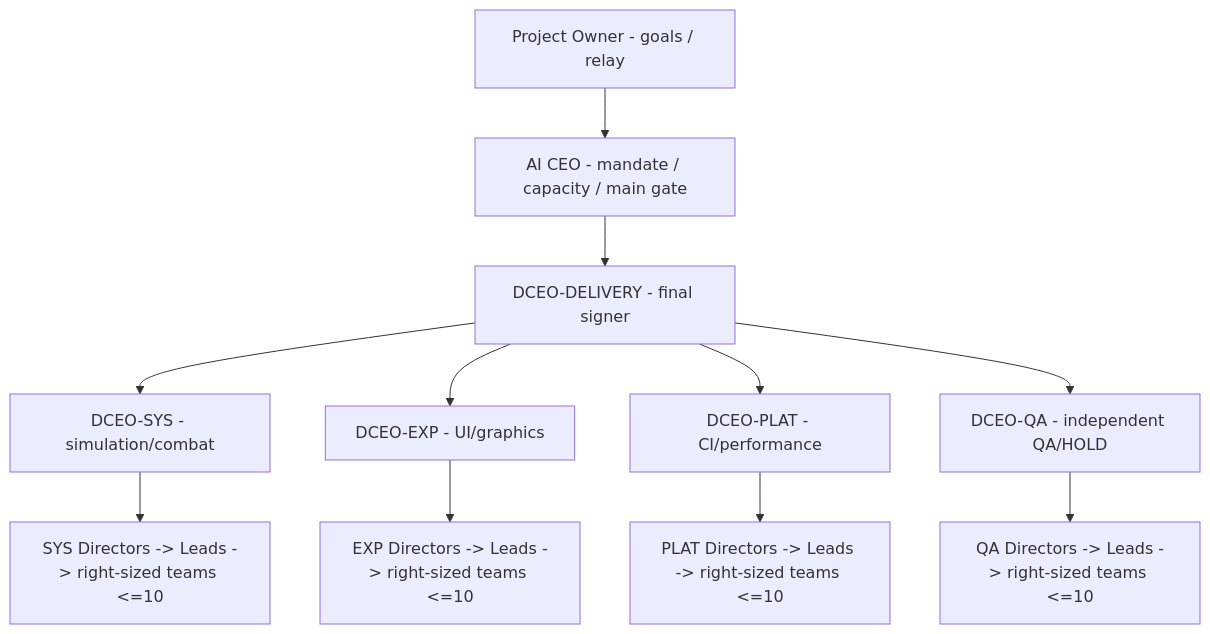
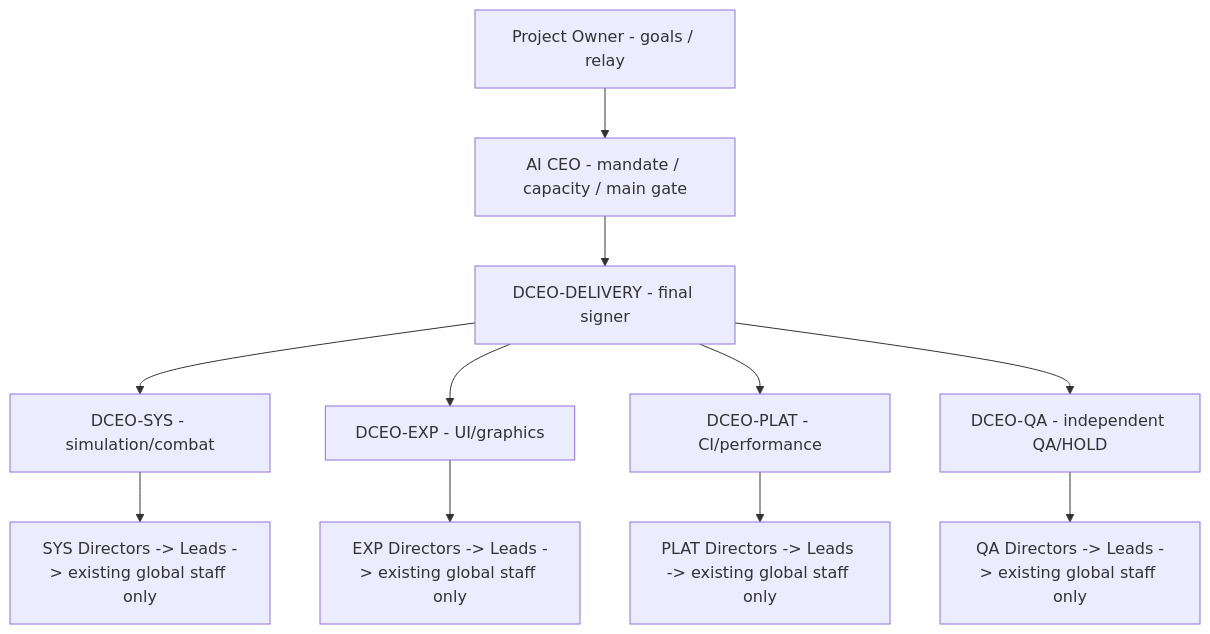
One commit to tanawutmalirum29-ux/ai-organization-hub changed the diagram in docs/ai-org/ACTIVE_TEAM.md. Above: the diagram before and after it, drawn with Mermaid. The commit also changed other lines of this file, not shown here.

Commit message:
docs: freeze extra chat appointments under global ten AI total cap

````diff
--- a/docs/ai-org/ACTIVE_TEAM.md
+++ b/docs/ai-org/ACTIVE_TEAM.md
@@ -18,12 +18,12 @@
 ```mermaid
 flowchart TD
   Owner["Project Owner - goals / relay"] --> CEO["AI CEO - mandate / capacity / main gate"] --> D["DCEO-DELIVERY - final signer"]
   D --> SYS["DCEO-SYS - simulation/combat"]
   D --> EXP["DCEO-EXP - UI/graphics"]
   D --> PLAT["DCEO-PLAT - CI/performance"]
   D --> QA["DCEO-QA - independent QA/HOLD"]
-  SYS --> SD["SYS Directors -> Leads -> right-sized teams <=10"]
-  EXP --> ED["EXP Directors -> Leads -> right-sized teams <=10"]
-  PLAT --> PD["PLAT Directors -> Leads -> right-sized teams <=10"]
-  QA --> QD["QA Directors -> Leads -> right-sized teams <=10"]
+  SYS --> SD["SYS Directors -> Leads -> existing global staff only"]
+  EXP --> ED["EXP Directors -> Leads -> existing global staff only"]
+  PLAT --> PD["PLAT Directors -> Leads -> existing global staff only"]
+  QA --> QD["QA Directors -> Leads -> existing global staff only"]
 ```
````
